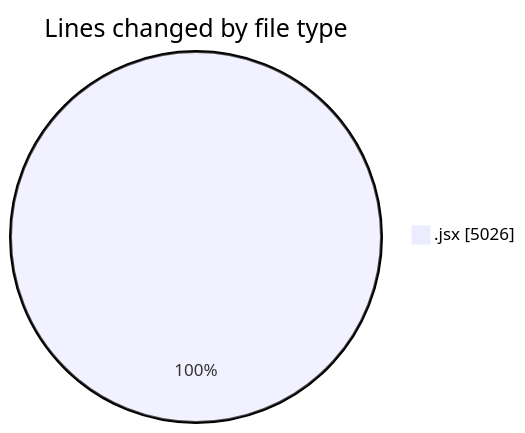
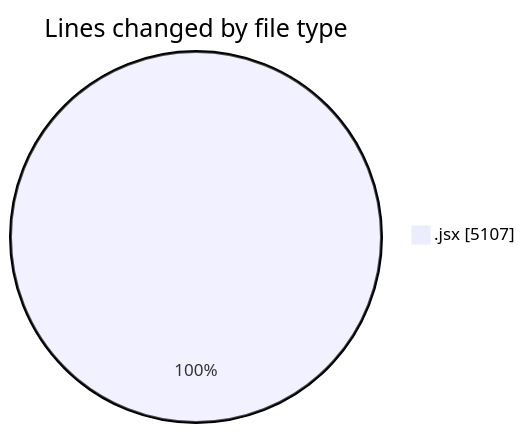
Before and after one commit to nxtqubesakshisongat/code-tracking: the first of 2 diagrams in 2025-05-14/argos-dev/README.md, drawn with Mermaid. The commit also changed other lines of this file and 1 other file, not shown here.

````diff
--- a/2025-05-14/argos-dev/README.md
+++ b/2025-05-14/argos-dev/README.md
@@ -27,5 +27,5 @@
 ```mermaid
 pie showData
 title Lines changed by file type
-".jsx" : 5026
+".jsx" : 5107
 ```
````
